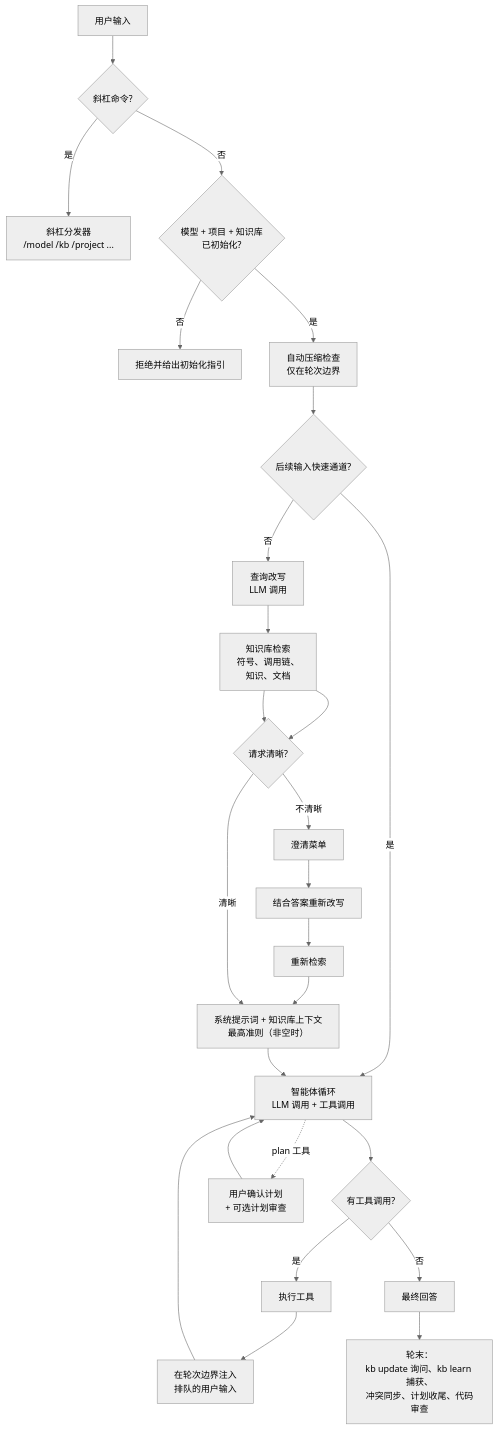
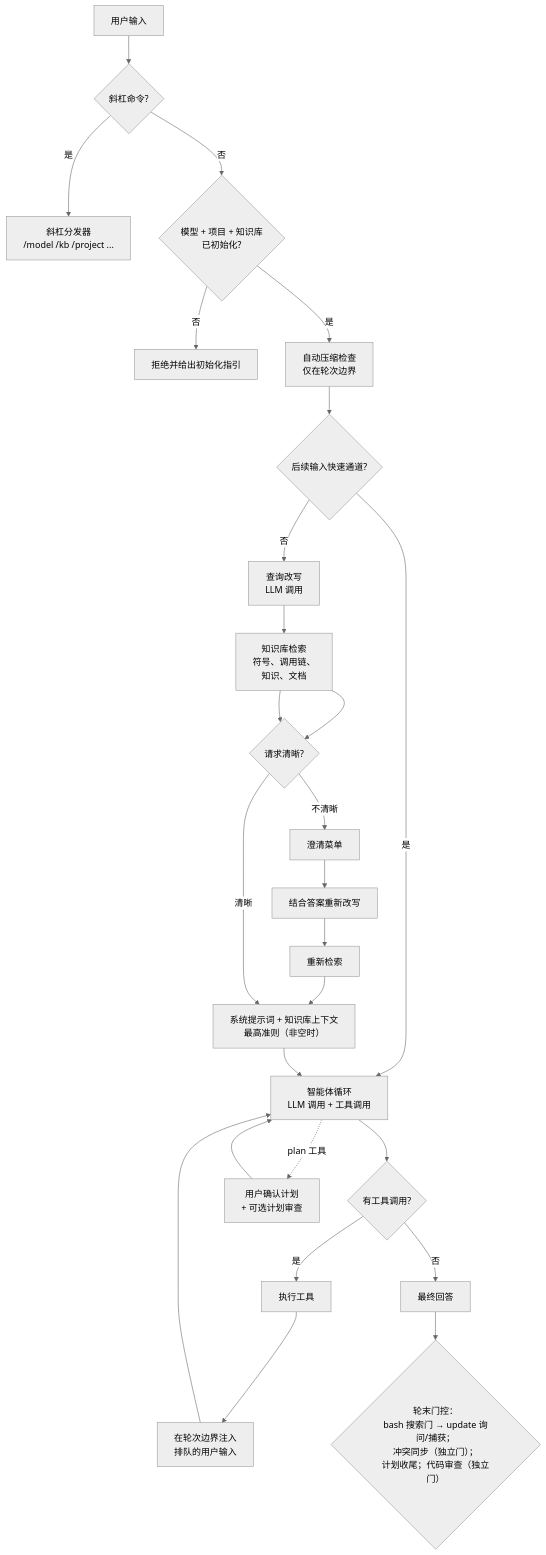
The diagram in docs/zh-CN/concepts/agent-workflow.md (HaloTech-Co-Ltd/hk2), drawn with Mermaid (neutral theme) before and after one commit. The commit also changed other lines of this file and 36 other files, not shown here.

````diff
--- a/docs/zh-CN/concepts/agent-workflow.md
+++ b/docs/zh-CN/concepts/agent-workflow.md
@@ -12,21 +12,21 @@
 ```mermaid
 flowchart TD
     U[用户输入] --> SL{斜杠命令?}
     SL -- 是 --> SC[斜杠分发器<br/>/model /kb /project ...]
     SL -- 否 --> GATE{模型 + 项目 + 知识库<br/>已初始化?}
     GATE -- 否 --> HINT[拒绝并给出初始化指引]
     GATE -- 是 --> AC[自动压缩检查<br/>仅在轮次边界]
     AC --> FL{后续输入快速通道?}
     FL -- 是 --> LOOP
     FL -- 否 --> RW[查询改写<br/>LLM 调用] --> KB[知识库检索<br/>符号、调用链、<br/>知识、文档] --> ASSESS{请求清晰?}
     ASSESS -- 不清晰 --> MENU[澄清菜单] --> RW2[结合答案重新改写] --> KB2[重新检索] --> SP
     ASSESS -- 清晰 --> SP
     KB --> ASSESS
     SP[系统提示词 + 知识库上下文<br/>最高准则（非空时）] --> LOOP[智能体循环<br/>LLM 调用 + 工具调用]
     LOOP --> TOOLS{有工具调用?}
     TOOLS -- 是 --> EXEC[执行工具] --> QUEUE[在轮次边界注入<br/>排队的用户输入] --> LOOP
     TOOLS -- 否 --> ANS[最终回答]
     LOOP -.plan 工具.-> CONFIRM[用户确认计划<br/>+ 可选计划审查]
     CONFIRM --> LOOP
-    ANS --> EOT[轮末：<br/>kb update 询问、kb learn 捕获、<br/>冲突同步、计划收尾、代码审查]
+    ANS --> EOT{轮末门控：<br/>bash 搜索门 → update 询问/捕获；<br/>冲突同步（独立门）；<br/>计划收尾；代码审查（独立门）}
 ```
````
